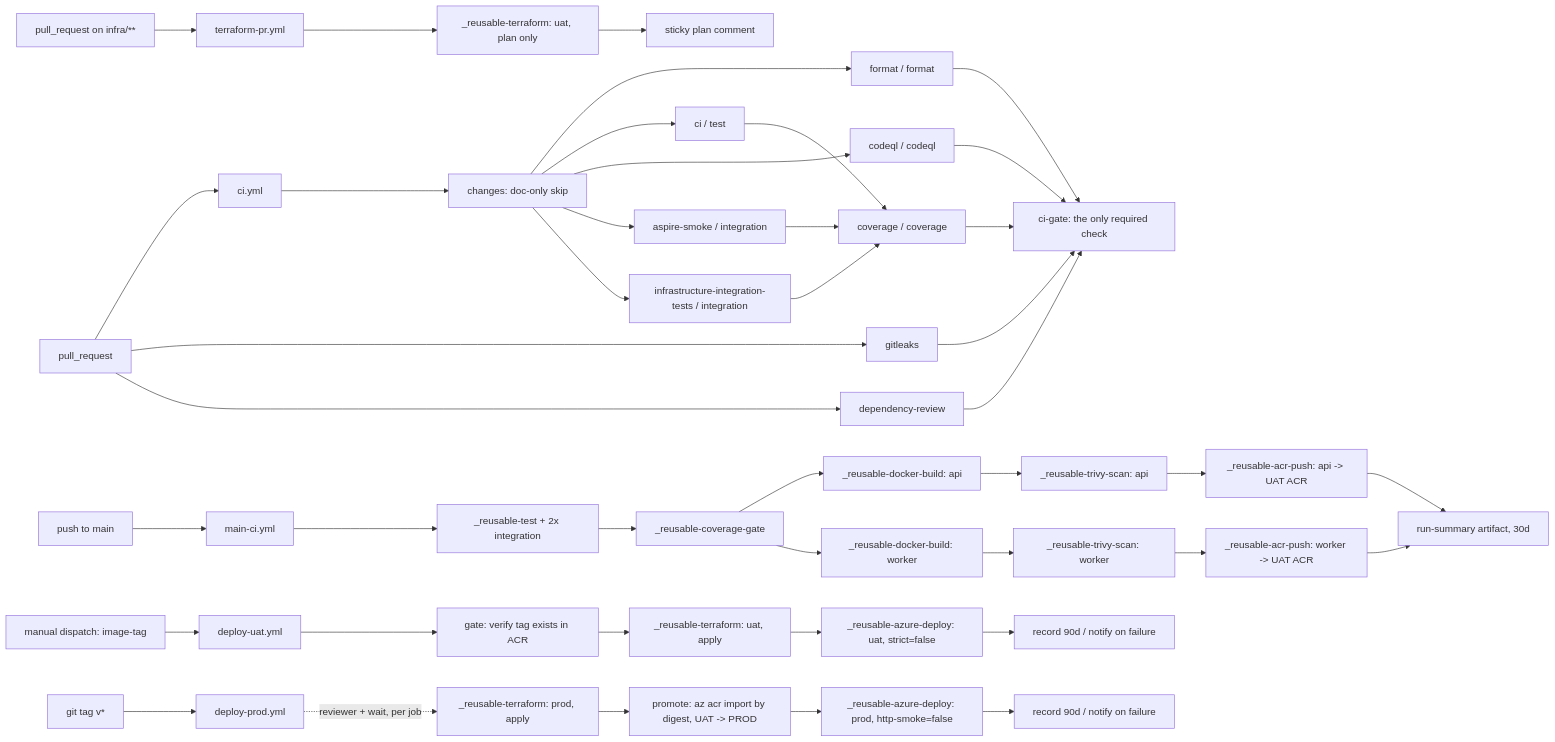
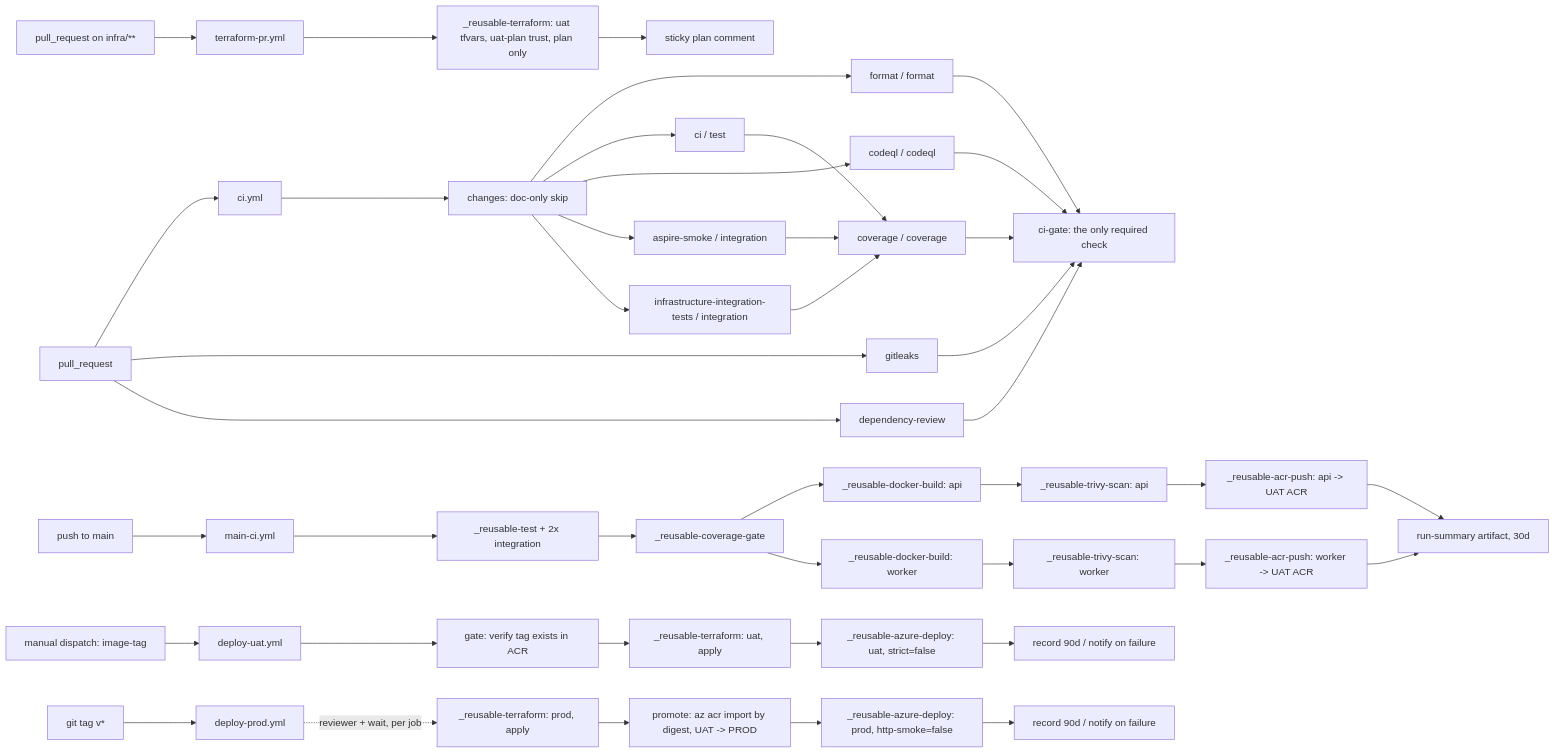
Before and after one commit to mpcs2013/currency-tracker: the diagram in docs/ci-cd/pipelines.md, drawn with Mermaid. The commit also changed other lines of this file and 3 other files, not shown here.

First line of the commit message:
fix(14.34): plan from uat-plan, apply from uat (#391)

````diff
--- a/docs/ci-cd/pipelines.md
+++ b/docs/ci-cd/pipelines.md
@@ -13,46 +13,46 @@
 ```mermaid
 graph LR
   PR[pull_request] --> CI[ci.yml]
   CI --> CH[changes: doc-only skip]
   CH --> F[format / format]
   CH --> T[ci / test]
   CH --> Q[codeql / codeql]
   CH --> AS[aspire-smoke / integration]
   CH --> II[infrastructure-integration-tests / integration]
   T --> COV[coverage / coverage]
   AS --> COV
   II --> COV
   PR --> GL[gitleaks]
   PR --> DR[dependency-review]
   F --> CG[ci-gate: the only required check]
   Q --> CG
   COV --> CG
   GL --> CG
   DR --> CG
 
   PRI[pull_request on infra/**] --> TFPR[terraform-pr.yml]
-  TFPR --> TFU0[_reusable-terraform: uat, plan only]
+  TFPR --> TFU0[_reusable-terraform: uat tfvars, uat-plan trust, plan only]
   TFU0 --> PC[sticky plan comment]
 
   Merge[push to main] --> M[main-ci.yml]
   M --> MT[_reusable-test + 2x integration]
   MT --> MC[_reusable-coverage-gate]
   MC --> D1[_reusable-docker-build: api]
   MC --> D2[_reusable-docker-build: worker]
   D1 --> TR1[_reusable-trivy-scan: api] --> PU1[_reusable-acr-push: api -> UAT ACR]
   D2 --> TR2[_reusable-trivy-scan: worker] --> PU2[_reusable-acr-push: worker -> UAT ACR]
   PU1 --> RS[run-summary artifact, 30d]
   PU2 --> RS
 
   Human[manual dispatch: image-tag] --> U[deploy-uat.yml]
   U --> UG[gate: verify tag exists in ACR]
   UG --> TFU[_reusable-terraform: uat, apply]
   TFU --> DEPU[_reusable-azure-deploy: uat, strict=false]
   DEPU --> UR[record 90d / notify on failure]
 
   Tag[git tag v*] --> P[deploy-prod.yml]
   P -.->|reviewer + wait, per job| TFP[_reusable-terraform: prod, apply]
   TFP --> PROM[promote: az acr import by digest, UAT -> PROD]
   PROM --> DEPP[_reusable-azure-deploy: prod, http-smoke=false]
   DEPP --> PRREC[record 90d / notify on failure]
 ```
````
